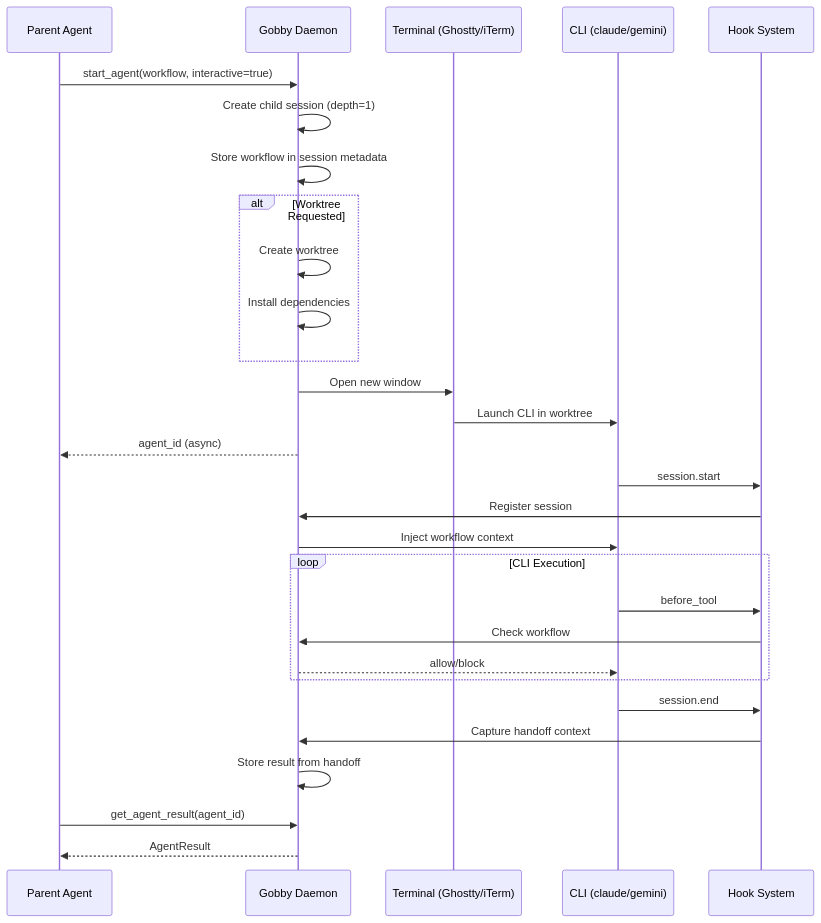
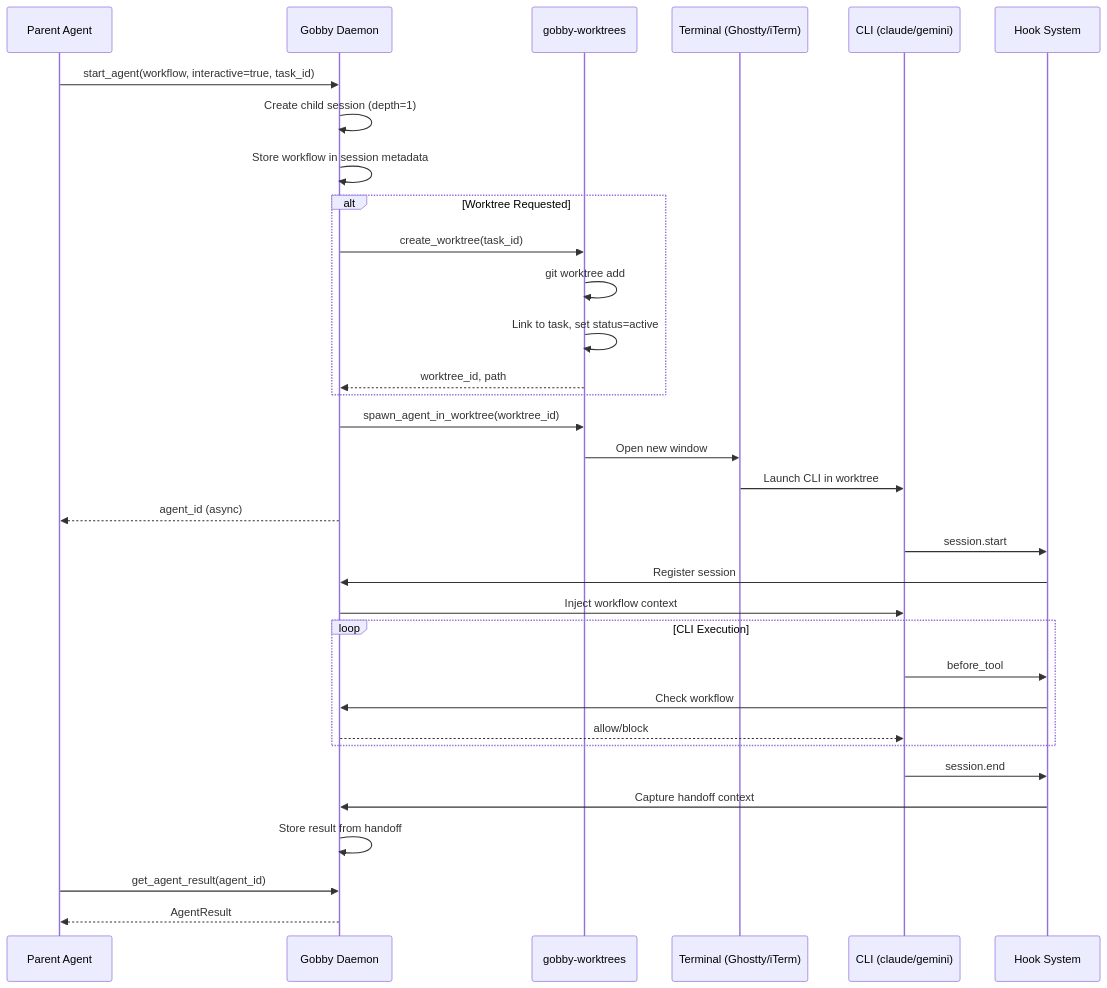
The second of 4 diagrams in docs/plans/SUBAGENTS.md (Zeeeepa/gobby), drawn with Mermaid before and after one commit. The commit also changed other lines of this file and 3 other files, not shown here.

First line of the commit message:
[gt-b936c8] refactor: consolidate gobby-worktrees into SUBAGENTS.md

````diff
--- a/docs/plans/SUBAGENTS.md
+++ b/docs/plans/SUBAGENTS.md
@@ -156,38 +224,42 @@
 ```mermaid
 sequenceDiagram
     participant Parent as Parent Agent
     participant Daemon as Gobby Daemon
+    participant Worktrees as gobby-worktrees
     participant Terminal as Terminal (Ghostty/iTerm)
     participant CLI as CLI (claude/gemini)
     participant Hooks as Hook System
 
-    Parent->>Daemon: start_agent(workflow, interactive=true)
+    Parent->>Daemon: start_agent(workflow, interactive=true, task_id)
     Daemon->>Daemon: Create child session (depth=1)
     Daemon->>Daemon: Store workflow in session metadata
 
     alt Worktree Requested
-        Daemon->>Daemon: Create worktree
-        Daemon->>Daemon: Install dependencies
+        Daemon->>Worktrees: create_worktree(task_id)
+        Worktrees->>Worktrees: git worktree add
+        Worktrees->>Worktrees: Link to task, set status=active
+        Worktrees-->>Daemon: worktree_id, path
     end
 
-    Daemon->>Terminal: Open new window
+    Daemon->>Worktrees: spawn_agent_in_worktree(worktree_id)
+    Worktrees->>Terminal: Open new window
     Terminal->>CLI: Launch CLI in worktree
     Daemon-->>Parent: agent_id (async)
 
     CLI->>Hooks: session.start
     Hooks->>Daemon: Register session
     Daemon->>CLI: Inject workflow context
 
     loop CLI Execution
         CLI->>Hooks: before_tool
         Hooks->>Daemon: Check workflow
         Daemon-->>CLI: allow/block
     end
 
     CLI->>Hooks: session.end
     Hooks->>Daemon: Capture handoff context
     Daemon->>Daemon: Store result from handoff
 
     Parent->>Daemon: get_agent_result(agent_id)
     Daemon-->>Parent: AgentResult
 ```
````
